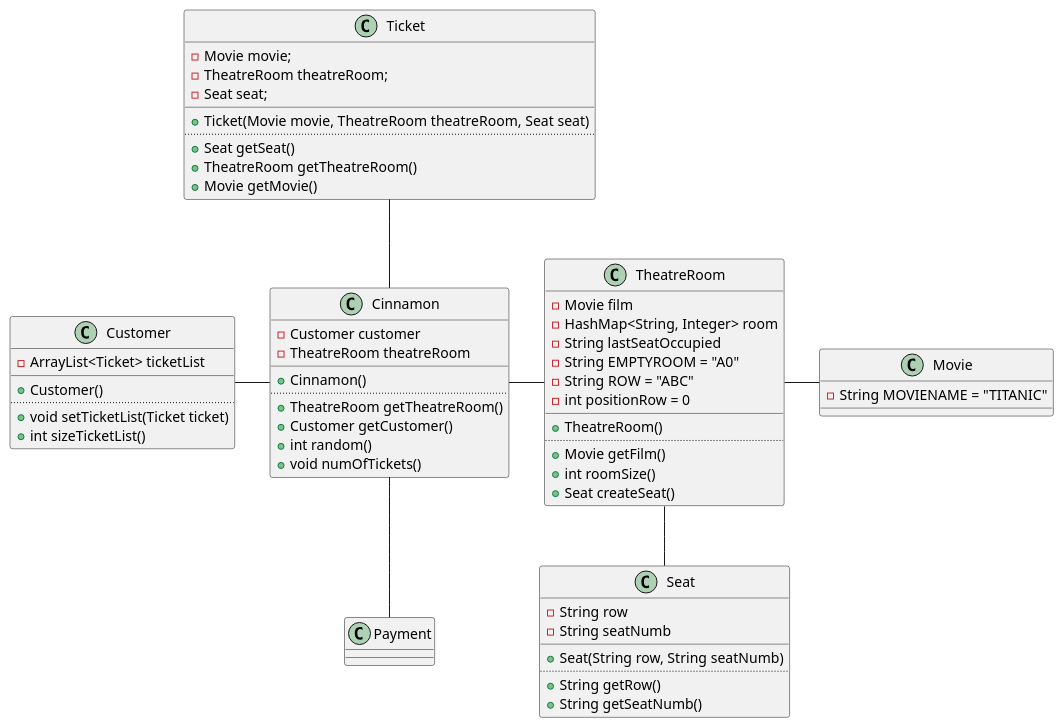
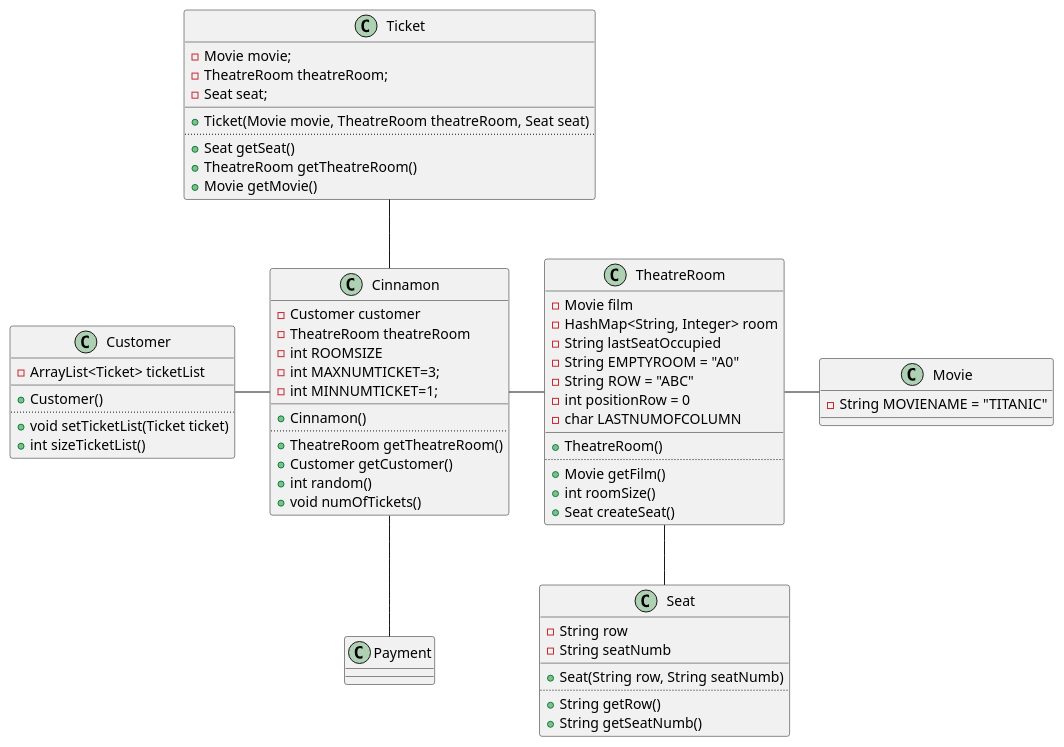
Before and after one commit to hvferreira/Java-Cinnamon-Cinemas: the diagram in src/UML/uml.puml, drawn with PlantUML. The commit also changed 4 other files, not shown here.

```diff
--- a/src/UML/uml.puml
+++ b/src/UML/uml.puml
@@ -1,75 +1,79 @@
 @startuml
 class Ticket{
 - Movie movie;
 - TheatreRoom theatreRoom;
 - Seat seat;
 __
 + Ticket(Movie movie, TheatreRoom theatreRoom, Seat seat)
 ..
 + Seat getSeat()
 + TheatreRoom getTheatreRoom()
 + Movie getMovie()
 }
 
 class Seat{
 - String row
 - String seatNumb
 __
 + Seat(String row, String seatNumb)
 ..
 + String getRow()
 + String getSeatNumb()
 }
 
 class Customer{
 - ArrayList<Ticket> ticketList
 __
 + Customer()
 ..
 + void setTicketList(Ticket ticket)
 + int sizeTicketList()
 }
 
 class Movie{
 - String MOVIENAME = "TITANIC"
 }
 
 class Payment{
 }
 
 class Cinnamon{
 - Customer customer
 - TheatreRoom theatreRoom
+- int ROOMSIZE
+- int MAXNUMTICKET=3;
+- int MINNUMTICKET=1;
 __
 + Cinnamon()
 ..
 + TheatreRoom getTheatreRoom()
 + Customer getCustomer()
 + int random()
 + void numOfTickets()
 }
 
 class TheatreRoom{
 - Movie film
 - HashMap<String, Integer> room
 - String lastSeatOccupied
 - String EMPTYROOM = "A0"
 - String ROW = "ABC"
 - int positionRow = 0
+- char LASTNUMOFCOLUMN
 __
 + TheatreRoom()
 ..
 + Movie getFilm()
 + int roomSize()
 + Seat createSeat()
 }
 
 
 Customer -right- Cinnamon
 TheatreRoom -- Seat
 Cinnamon -down- Payment
 Cinnamon -up- Ticket
 Cinnamon -right- TheatreRoom
 TheatreRoom -right- Movie
 
 @enduml
```
